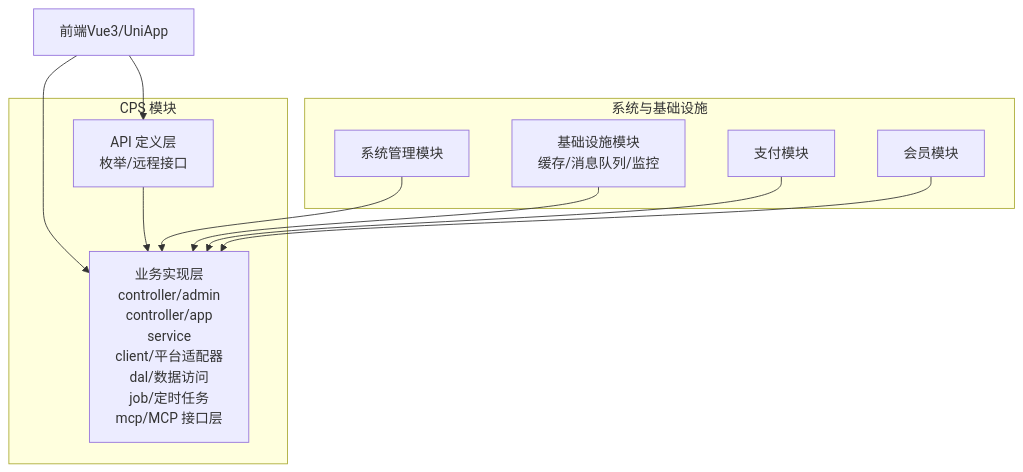
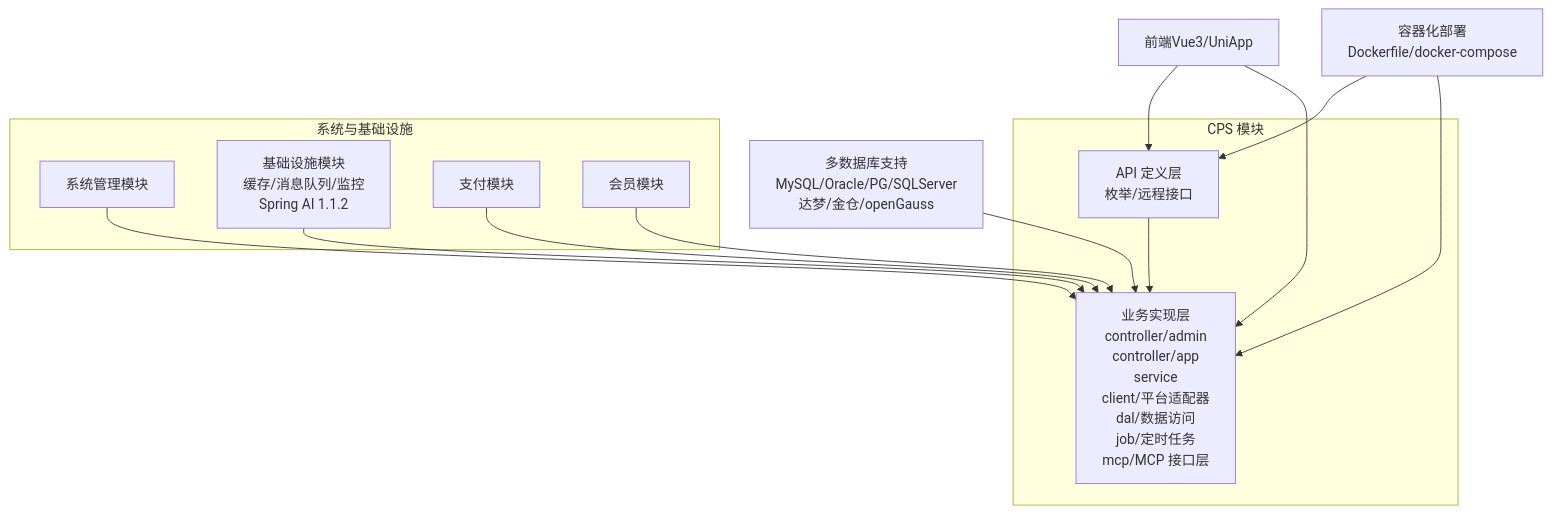
The second of 9 diagrams in .qoder/repowiki/zh/content/项目概述/三大核心技术理念/AI 自主编程/AI 自主编程.md (zhuangpengLI/AgenticCPS), drawn with Mermaid before and after one commit. The commit also changed other lines of this file and 21 other files, not shown here.

````diff
--- a/.qoder/repowiki/zh/content/项目概述/三大核心技术理念/AI 自主编程/AI 自主编程.md
+++ b/.qoder/repowiki/zh/content/项目概述/三大核心技术理念/AI 自主编程/AI 自主编程.md
@@ -97,21 +124,26 @@
 ```mermaid
 graph TB
 subgraph "CPS 模块"
 API["API 定义层<br/>枚举/远程接口"]
 BIZ["业务实现层<br/>controller/admin<br/>controller/app<br/>service<br/>client/平台适配器<br/>dal/数据访问<br/>job/定时任务<br/>mcp/MCP 接口层"]
 end
 subgraph "系统与基础设施"
 SYS["系统管理模块"]
-INF["基础设施模块<br/>缓存/消息队列/监控"]
+INF["基础设施模块<br/>缓存/消息队列/监控<br/>Spring AI 1.1.2"]
 PAY["支付模块"]
 MEM["会员模块"]
 end
 FE["前端Vue3/UniApp"]
+DB["多数据库支持<br/>MySQL/Oracle/PG/SQLServer<br/>达梦/金仓/openGauss"]
+CONTAINER["容器化部署<br/>Dockerfile/docker-compose"]
 FE --> API
 FE --> BIZ
 API --> BIZ
 SYS --> BIZ
 INF --> BIZ
 PAY --> BIZ
 MEM --> BIZ
+DB --> BIZ
+CONTAINER --> API
+CONTAINER --> BIZ
 ```
````
